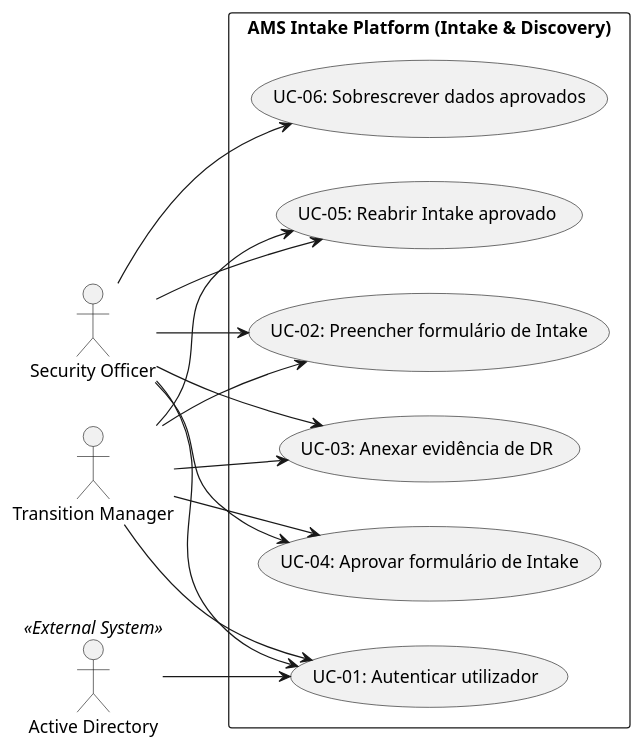
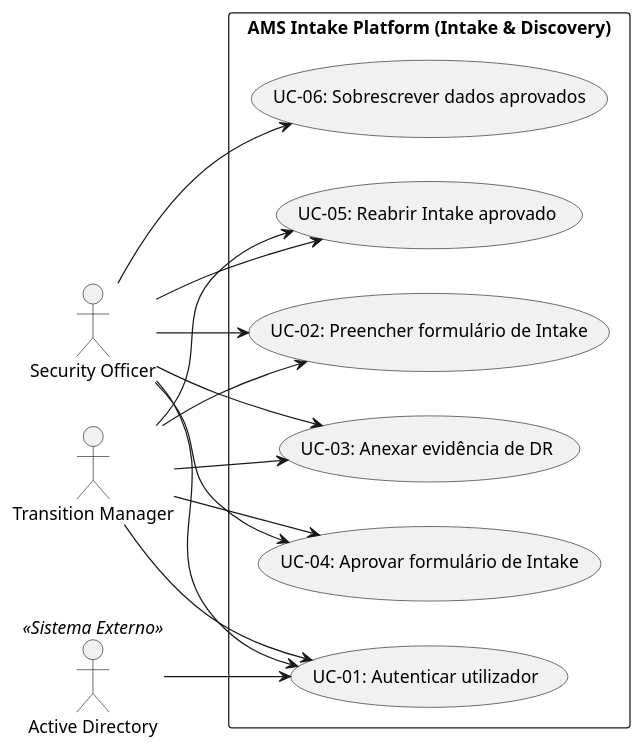
The diagram in docs/diagrams/use_case_diagram.puml (Duarte-Verissimo/ert-duarte-off), drawn with PlantUML before and after one commit. The commit also changed 46 other files, not shown here.

```diff
--- a/docs/diagrams/use_case_diagram.puml
+++ b/docs/diagrams/use_case_diagram.puml
@@ -1,32 +1,32 @@
 @startuml
 left to right direction
 skinparam packageStyle rectangle
 
 actor "Security Officer" as SO
 actor "Transition Manager" as TM
-actor "Active Directory" as AD <<External System>>
+actor "Active Directory" as AD <<Sistema Externo>>
 
 rectangle "AMS Intake Platform (Intake & Discovery)" {
   usecase "UC-01: Autenticar utilizador" as UC1
   usecase "UC-02: Preencher formulário de Intake" as UC2
   usecase "UC-03: Anexar evidência de DR" as UC3
   usecase "UC-04: Aprovar formulário de Intake" as UC4
   usecase "UC-05: Reabrir Intake aprovado" as UC5
   usecase "UC-06: Sobrescrever dados aprovados" as UC6
 }
 
 SO --> UC1
 TM --> UC1
 AD --> UC1
 
 TM --> UC2
 SO --> UC2
 TM --> UC3
 SO --> UC3
 
 TM --> UC4
 SO --> UC4
 TM --> UC5
 SO --> UC5
 SO --> UC6
 @enduml
```
